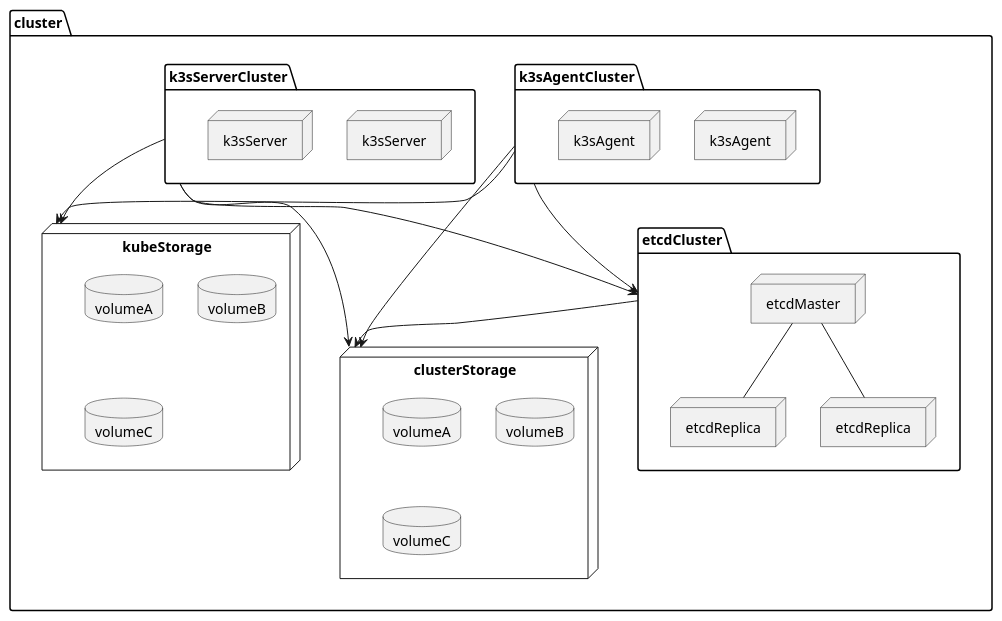
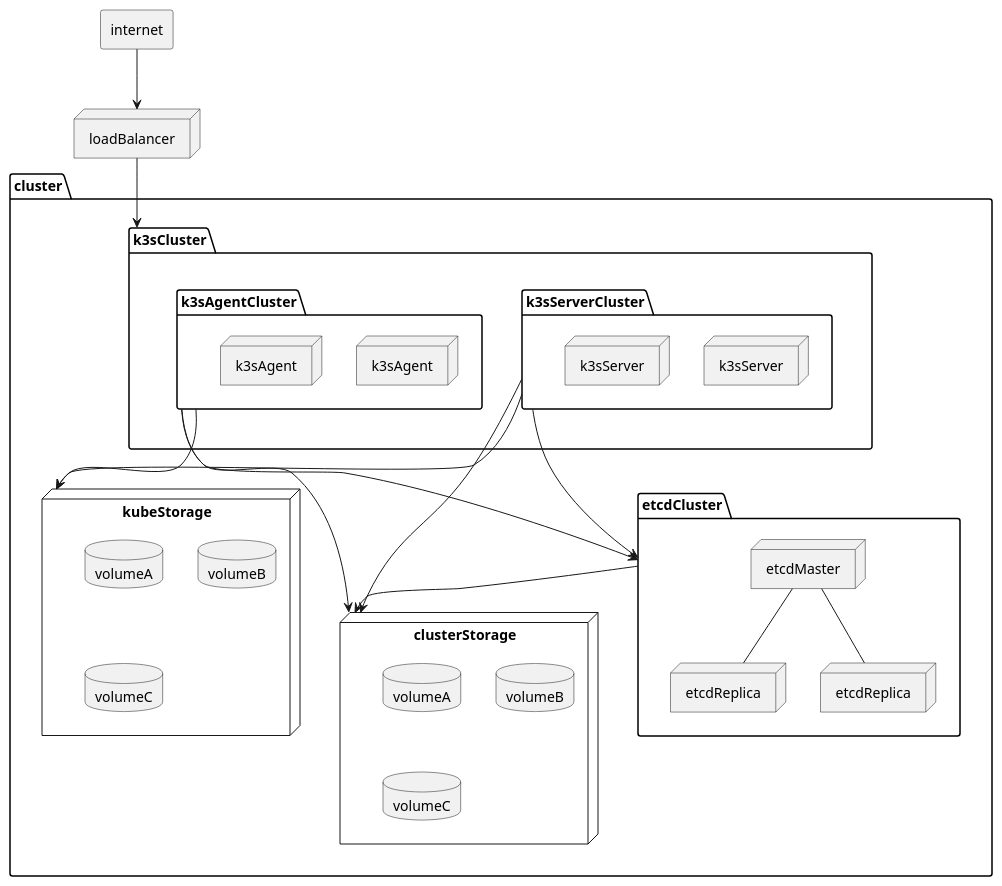
One commit to lgemc/I changed the diagram in blog/tech/content/posts/kubernetes/flat-architecture.puml. Above: the diagram before and after it, drawn with PlantUML.

Commit message:
Add kubernetes flat architecture diagrams

```diff
--- a/blog/tech/content/posts/kubernetes/flat-architecture.puml
+++ b/blog/tech/content/posts/kubernetes/flat-architecture.puml
@@ -1,46 +1,54 @@
 @startuml
 
+agent internet 
+node loadBalancer 
 package cluster {
     node kubeStorage {
         database volumeA
         database volumeB
         database volumeC
     }
 
     node clusterStorage {
         database volumeA1 as "volumeA"
         database volumeB1 as "volumeB"
         database volumeC1 as "volumeC"
     }
 
     package etcdCluster {
         node etcdMaster
         node etcdReplica1 as "etcdReplica"
         node etcdReplica2 as "etcdReplica"
 
         etcdMaster -- etcdReplica1
         etcdMaster -- etcdReplica2
     }
 
-    package k3sAgentCluster {
-        node k3sAgent1 as "k3sAgent"
-        node k3sAgent2 as "k3sAgent"
+    package k3sCluster {
+        package k3sAgentCluster {
+            node k3sAgent1 as "k3sAgent"
+            node k3sAgent2 as "k3sAgent"
+        }
+
+        package k3sServerCluster {
+            node k3sServer1 as "k3sServer"
+            node k3sServer2 as "k3sServer"
+        }
     }
 
-    package k3sServerCluster {
-        node k3sServer1 as "k3sServer"
-        node k3sServer2 as "k3sServer"
-    }
 
     k3sAgentCluster --> etcdCluster
     k3sServerCluster --> etcdCluster
 
     k3sServerCluster --> kubeStorage
     k3sAgentCluster --> kubeStorage
 
     k3sServerCluster --> clusterStorage
     k3sAgentCluster --> clusterStorage
 
     etcdCluster --> clusterStorage
 }
+
+internet --> loadBalancer
+loadBalancer --> k3sCluster 
 @enduml
```
